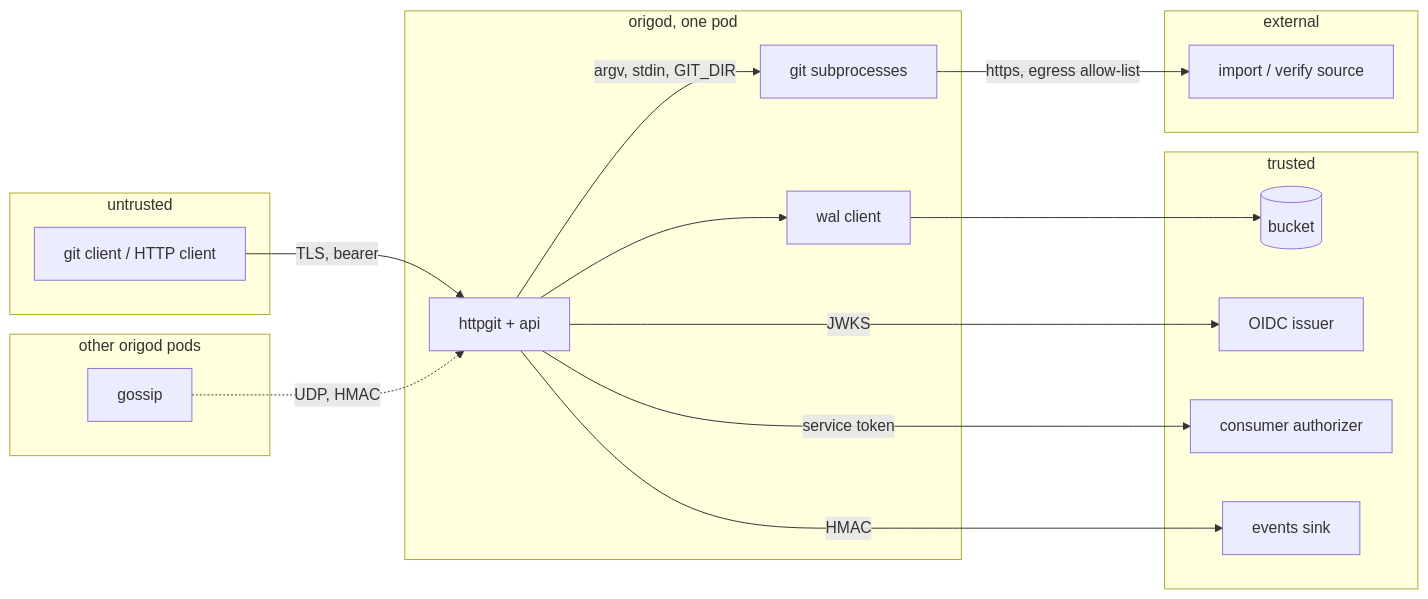
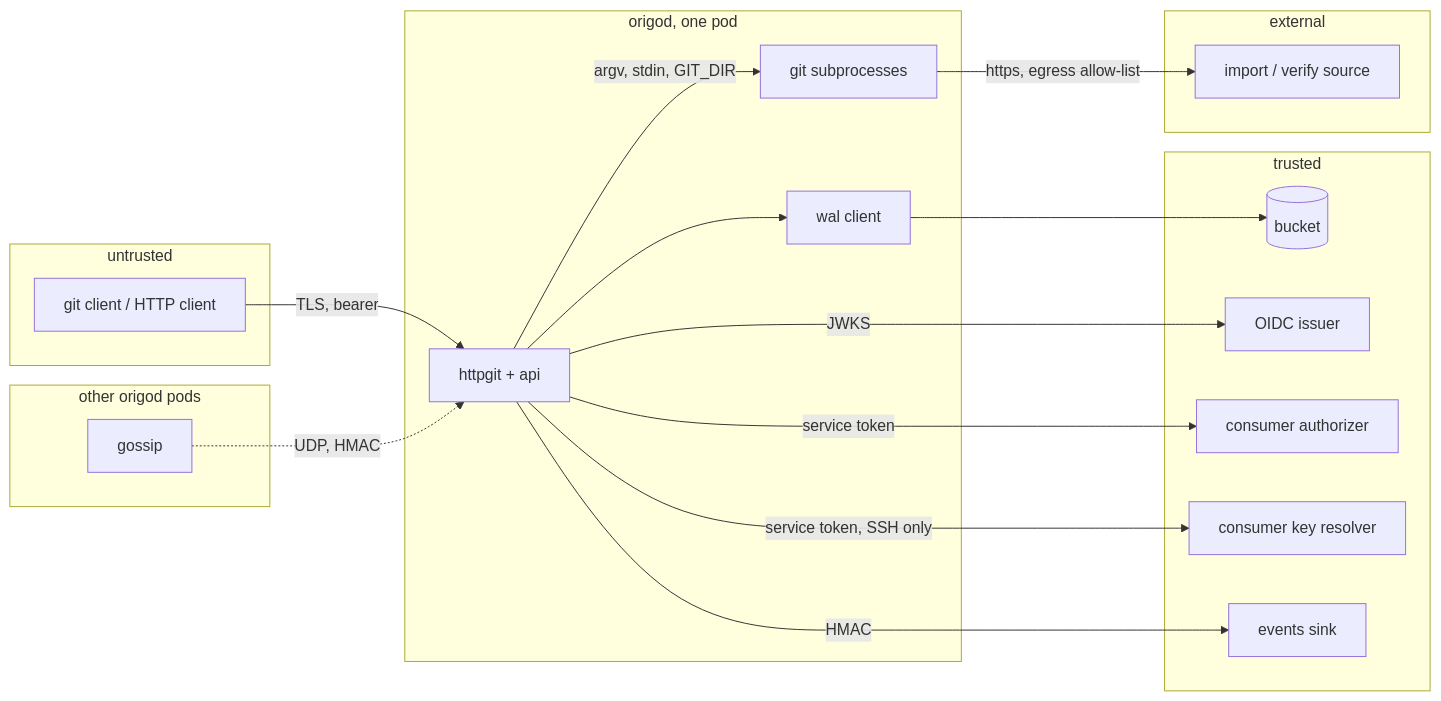
Before and after one commit to latere-ai/origo: the diagram in specs/016-security-and-threat-model.md, drawn with Mermaid. The commit also changed other lines of this file and 5 other files, not shown here.

````diff
--- a/specs/016-security-and-threat-model.md
+++ b/specs/016-security-and-threat-model.md
@@ -75,31 +75,33 @@
 ```mermaid
 flowchart LR
   subgraph untrusted
     C[git client / HTTP client]
   end
   subgraph node[origod, one pod]
     H[httpgit + api]
     G[git subprocesses]
     W[wal client]
   end
   subgraph trusted
     S[(bucket)]
     I[OIDC issuer]
     A[consumer authorizer]
+    KR[consumer key resolver]
     E[events sink]
   end
   subgraph external
     X[import / verify source]
   end
   subgraph peers[other origod pods]
     P[gossip]
   end
   C -->|TLS, bearer| H
   H -->|argv, stdin, GIT_DIR| G
   H --> W --> S
   H -->|JWKS| I
   H -->|service token| A
+  H -->|service token, SSH only| KR
   H -->|HMAC| E
   G -->|https, egress allow-list| X
   P -.->|UDP, HMAC| H
 ```
````
